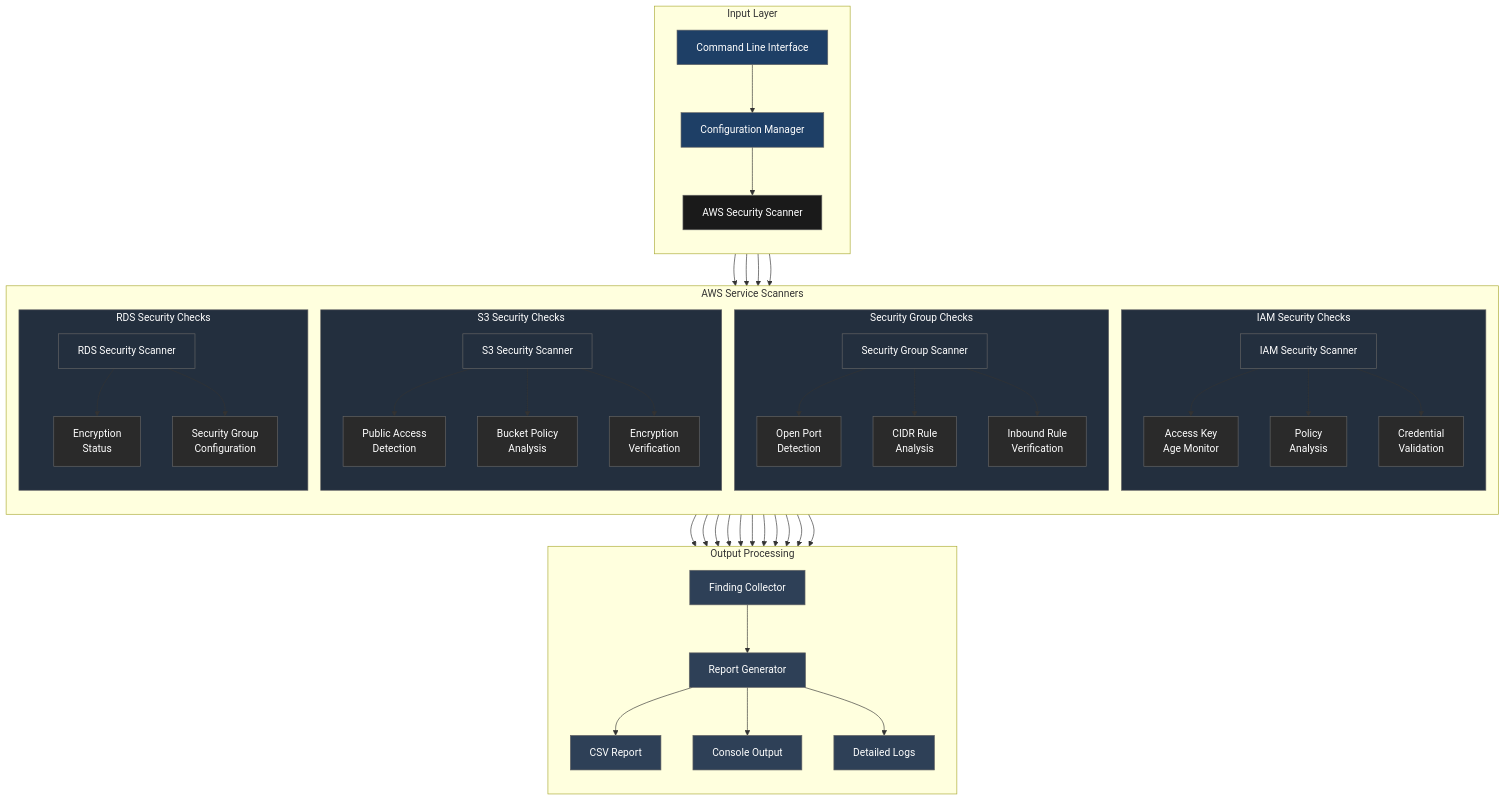
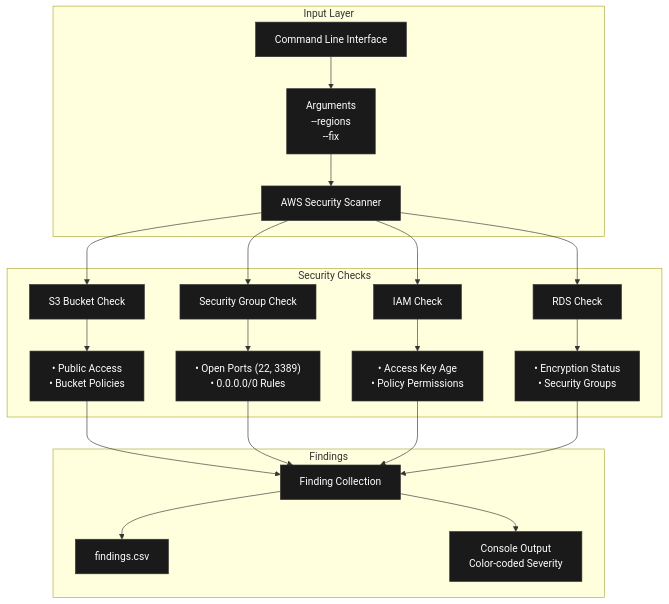
One commit to moelhaj996/Automated-AWS-Security-Scanner changed the second of 2 diagrams in README.md. Above: the diagram before and after it, drawn with Mermaid. The commit also changed other lines of this file, not shown here.

````diff
--- a/README.md
+++ b/README.md
@@ -193,77 +193,45 @@
 ```mermaid
 flowchart TB
-    subgraph input[Input Layer]
-        direction TB
+    subgraph Input ["Input Layer"]
         CLI[Command Line Interface]
-        Config[Configuration Manager]
-        Scanner[AWS Security Scanner]
-        CLI --> Config
-        Config --> Scanner
+        CLI --> Args["Arguments<br/>--regions<br/>--fix"]
+        Args --> Scanner[AWS Security Scanner]
     end
 
-    subgraph aws[AWS Service Scanners]
-        direction TB
-        subgraph s3[S3 Security Checks]
-            S3[S3 Security Scanner]
-            S3 --> S3_1[Public Access<br/>Detection]
-            S3 --> S3_2[Bucket Policy<br/>Analysis]
-            S3 --> S3_3[Encryption<br/>Verification]
-        end
+    subgraph Security ["Security Checks"]
+        Scanner --> S3[S3 Bucket Check]
+        Scanner --> SG[Security Group Check]
+        Scanner --> IAM[IAM Check]
+        Scanner --> RDS[RDS Check]
 
-        subgraph sg[Security Group Checks]
-            SG[Security Group Scanner]
-            SG --> SG_1[Open Port<br/>Detection]
-            SG --> SG_2[CIDR Rule<br/>Analysis]
-            SG --> SG_3[Inbound Rule<br/>Verification]
-        end
-
-        subgraph iam[IAM Security Checks]
-            IAM[IAM Security Scanner]
-            IAM --> IAM_1[Access Key<br/>Age Monitor]
-            IAM --> IAM_2[Policy<br/>Analysis]
-            IAM --> IAM_3[Credential<br/>Validation]
-        end
-
-        subgraph rds[RDS Security Checks]
-            RDS[RDS Security Scanner]
-            RDS --> RDS_1[Encryption<br/>Status]
-            RDS --> RDS_2[Security Group<br/>Configuration]
-        end
+        S3 --> S3_Checks["• Public Access<br/>• Bucket Policies"]
+        SG --> SG_Checks["• Open Ports (22, 3389)<br/>• 0.0.0.0/0 Rules"]
+        IAM --> IAM_Checks["• Access Key Age<br/>• Policy Permissions"]
+        RDS --> RDS_Checks["• Encryption Status<br/>• Security Groups"]
     end
 
-    Scanner --> s3
-    Scanner --> sg
-    Scanner --> iam
-    Scanner --> rds
+    subgraph Output ["Findings"]
+        S3_Checks --> Findings[Finding Collection]
+        SG_Checks --> Findings
+        IAM_Checks --> Findings
+        RDS_Checks --> Findings
 
-    subgraph output[Output Processing]
-        direction TB
-        Collector[Finding Collector]
-        Reporter[Report Generator]
-        CSV[CSV Report]
-        Console[Console Output]
-        Logs[Detailed Logs]
-        
-        Collector --> Reporter
-        Reporter --> CSV
-        Reporter --> Console
-        Reporter --> Logs
+        Findings --> CSV[findings.csv]
+        Findings --> Console[Console Output<br/>Color-coded Severity]
     end
 
-    S3_1 & S3_2 & S3_3 --> Collector
-    SG_1 & SG_2 & SG_3 --> Collector
-    IAM_1 & IAM_2 & IAM_3 --> Collector
-    RDS_1 & RDS_2 --> Collector
-
-    %% Styling
-    classDef default fill:#2A2A2A,stroke:#666,color:#fff
-    classDef inputStyle fill:#1E3F66,stroke:#666,color:#fff
-    classDef awsStyle fill:#232F3E,stroke:#666,color:#fff
-    classDef outputStyle fill:#2E4057,stroke:#666,color:#fff
-    classDef scannerStyle fill:#1a1a1a,stroke:#666,color:#fff
-    
-    class CLI,Config inputStyle
-    class Scanner scannerStyle
-    class S3,SG,IAM,RDS,s3,sg,iam,rds awsStyle
-    class Collector,Reporter,CSV,Console,Logs outputStyle
+    style CLI fill:#1a1a1a,stroke:#333,color:#fff
+    style Args fill:#1a1a1a,stroke:#333,color:#fff
+    style Scanner fill:#1a1a1a,stroke:#333,color:#fff
+    style S3 fill:#1a1a1a,stroke:#333,color:#fff
+    style SG fill:#1a1a1a,stroke:#333,color:#fff
+    style IAM fill:#1a1a1a,stroke:#333,color:#fff
+    style RDS fill:#1a1a1a,stroke:#333,color:#fff
+    style S3_Checks fill:#1a1a1a,stroke:#333,color:#fff
+    style SG_Checks fill:#1a1a1a,stroke:#333,color:#fff
+    style IAM_Checks fill:#1a1a1a,stroke:#333,color:#fff
+    style RDS_Checks fill:#1a1a1a,stroke:#333,color:#fff
+    style Findings fill:#1a1a1a,stroke:#333,color:#fff
+    style CSV fill:#1a1a1a,stroke:#333,color:#fff
+    style Console fill:#1a1a1a,stroke:#333,color:#fff
 ```
````
